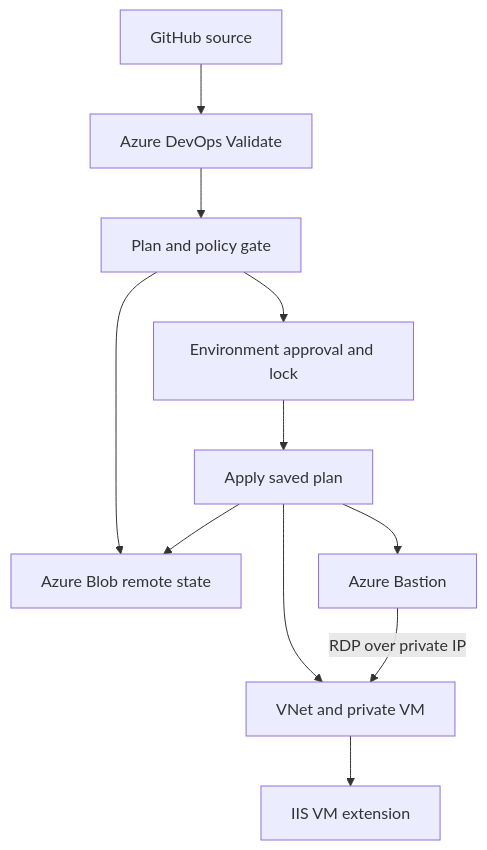
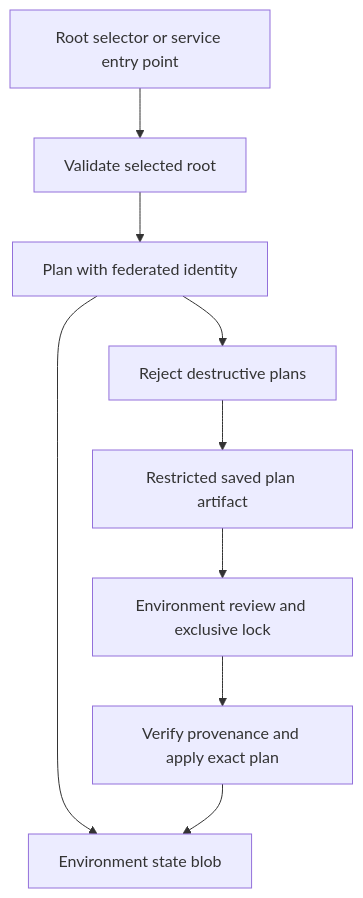
The diagram in README.md (dotman01k/azure-automated-pipeline), drawn with Mermaid before and after one commit. The commit also changed other lines of this file and 230 other files, not shown here.

Commit message:
Organize ten Azure compute services with individual Terraform roots and shared Azure DevOps automation

````diff
--- a/README.md
+++ b/README.md
@@ -15,13 +39,11 @@
 ```mermaid
 flowchart TD
-  G[GitHub source] --> V[Azure DevOps Validate]
-  V --> P[Plan and policy gate]
-  P --> A[Environment approval and lock]
-  A --> S[Apply saved plan]
-  P --> B[Azure Blob remote state]
-  S --> B
-  S --> N[VNet and private VM]
-  S --> H[Azure Bastion]
-  H -->|RDP over private IP| N
-  N --> I[IIS VM extension]
+  E[Root selector or service entry point] --> V[Validate selected root]
+  V --> P[Plan with federated identity]
+  P --> G[Reject destructive plans]
+  G --> A[Restricted saved plan artifact]
+  A --> R[Environment review and exclusive lock]
+  R --> X[Verify provenance and apply exact plan]
+  P --> B[Environment state blob]
+  X --> B
 ```
````
